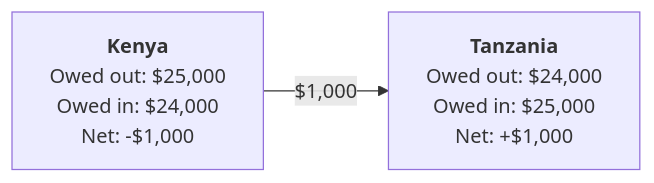
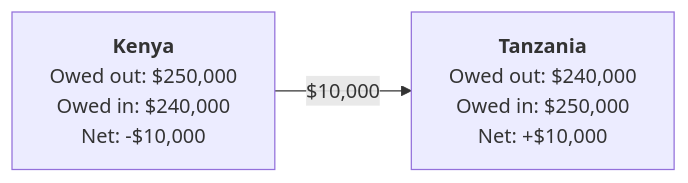
One commit to Rift-FI/rift-landing changed the third of 3 diagrams in src/content/blog/compressing-the-dollar.md. Above: the diagram before and after it, drawn with Mermaid. The commit also changed other lines of this file, not shown here.

````diff
--- a/src/content/blog/compressing-the-dollar.md
+++ b/src/content/blog/compressing-the-dollar.md
@@ -95,6 +101,6 @@
 ```mermaid
 flowchart LR
-    KE["<b>Kenya</b><br/>Owed out: $25,000<br/>Owed in: $24,000<br/>Net: -$1,000"]
-    TZ["<b>Tanzania</b><br/>Owed out: $24,000<br/>Owed in: $25,000<br/>Net: +$1,000"]
-    KE -->|"$1,000"| TZ
+    KE["<b>Kenya</b><br/>Owed out: $250,000<br/>Owed in: $240,000<br/>Net: -$10,000"]
+    TZ["<b>Tanzania</b><br/>Owed out: $240,000<br/>Owed in: $250,000<br/>Net: +$10,000"]
+    KE -->|"$10,000"| TZ
 ```
````
